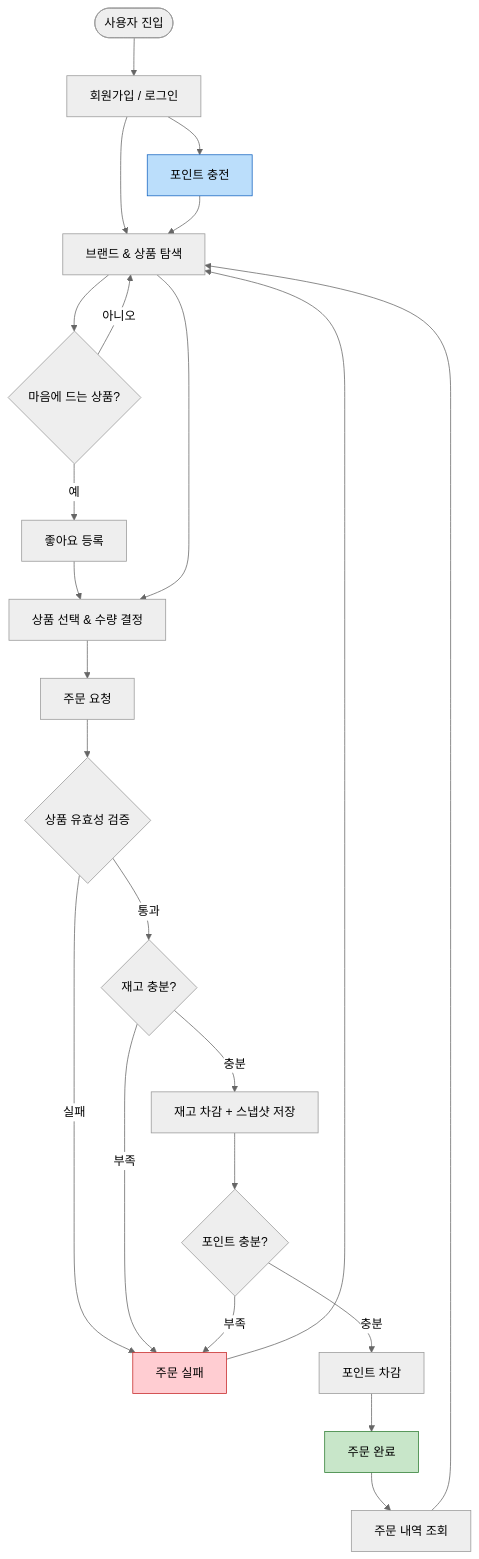
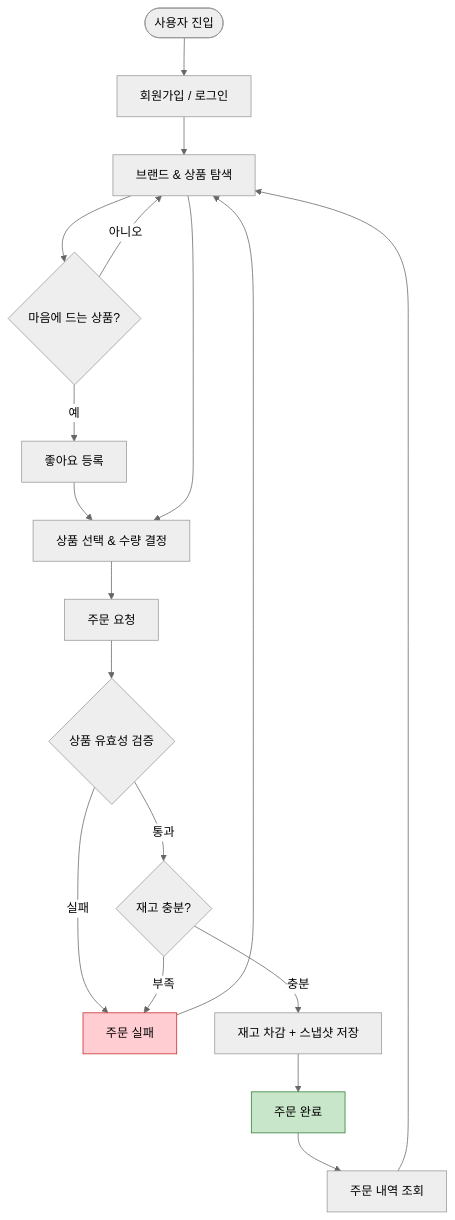
The first of 5 diagrams in docs/design/05-flowcharts.md (Loopers-dev-lab/loop-pack-be-l2-vol3-kotlin), drawn with Mermaid (neutral theme) before and after one commit. The commit also changed other lines of this file and 9 other files, not shown here.

````diff
--- a/docs/design/05-flowcharts.md
+++ b/docs/design/05-flowcharts.md
@@ -14,34 +14,28 @@
 ```mermaid
 flowchart TB
     A([사용자 진입]) --> B[회원가입 / 로그인]
     B --> C[브랜드 & 상품 탐색]
-    B --> PC[포인트 충전]:::charge
-    PC --> C
 
     C --> D{마음에 드는 상품?}
     D -->|예| E[좋아요 등록]
     D -->|아니오| C
 
     E --> F[상품 선택 & 수량 결정]
     C --> F
 
     F --> G[주문 요청]
     G --> H{상품 유효성 검증}
     H -->|실패| I[주문 실패]:::error
     I --> C
 
     H -->|통과| J{재고 충분?}
     J -->|부족| I
     J -->|충분| K[재고 차감 + 스냅샷 저장]
-    K --> K2{포인트 충분?}
-    K2 -->|부족| I
-    K2 -->|충분| K3[포인트 차감]
-    K3 --> L[주문 완료]:::success
+    K --> L[주문 완료]:::success
 
     L --> M[주문 내역 조회]
     M --> C
 
     classDef success fill:#c8e6c9,stroke:#2e7d32
     classDef error fill:#ffcdd2,stroke:#c62828
-    classDef charge fill:#bbdefb,stroke:#1565c0
 ```
````
